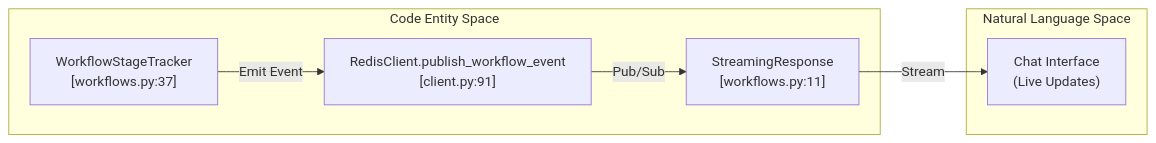
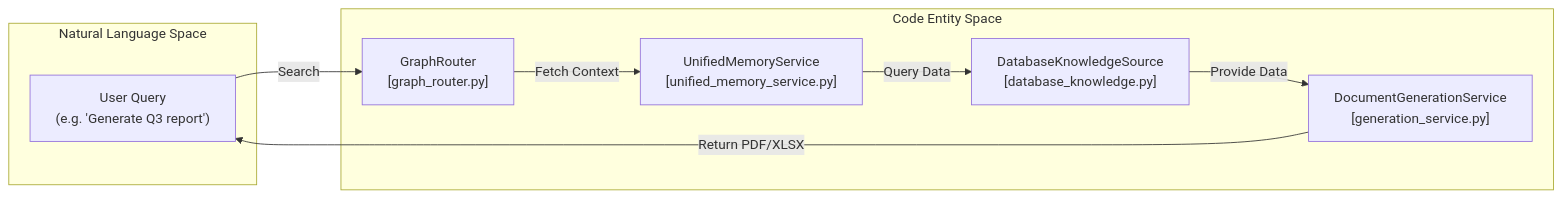
One commit to AutomatosAI/automatos-ai changed the second of 2 diagrams in docs/backend-architecture/_index.md. Above: the diagram before and after it, drawn with Mermaid. The commit also changed other lines of this file and 153 other files, not shown here.

````diff
--- a/docs/backend-architecture/_index.md
+++ b/docs/backend-architecture/_index.md
@@ -157,16 +208,19 @@
 ```mermaid
 graph LR
-    subgraph "Code Entity Space"
-        WST["WorkflowStageTracker<br/>[workflows.py:37]"]
-        Redis["RedisClient.publish_workflow_event<br/>[client.py:91]"]
-        SSE["StreamingResponse<br/>[workflows.py:11]"]
+    subgraph "Natural Language Space"
+        Input["User Query<br/>(e.g. 'Generate Q3 report')"]
     end
 
-    subgraph "Natural Language Space"
-        UI["Chat Interface<br/>(Live Updates)"]
+    subgraph "Code Entity Space"
+        Router["GraphRouter<br/>[graph_router.py]"]
+        MemService["UnifiedMemoryService<br/>[unified_memory_service.py]"]
+        DocGen["DocumentGenerationService<br/>[generation_service.py]"]
+        DB["DatabaseKnowledgeSource<br/>[database_knowledge.py]"]
     end
 
-    WST -->|Emit Event| Redis
-    Redis -->|Pub/Sub| SSE
-    SSE -->|Stream| UI
+    Input -->|Search| Router
+    Router -->|Fetch Context| MemService
+    MemService -->|Query Data| DB
+    DB -->|Provide Data| DocGen
+    DocGen -->|Return PDF/XLSX| Input
 ```
````
